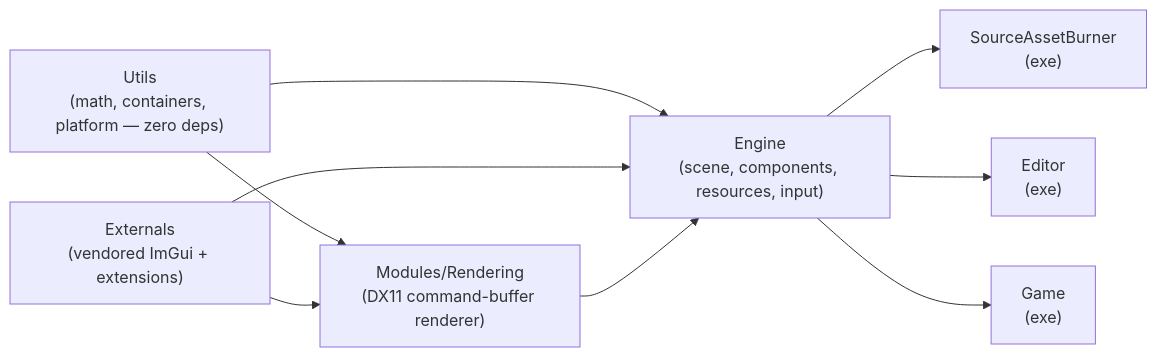
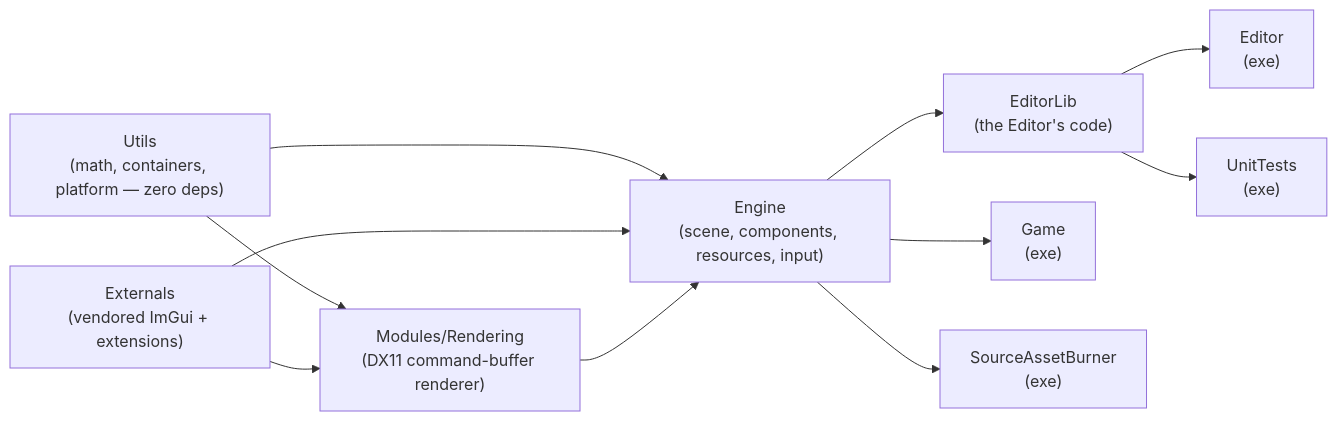
The first of 3 diagrams in Docs/Generated/Engine/index.md (b1nary0/RZE), drawn with Mermaid before and after one commit. The commit also changed other lines of this file and 19 other files, not shown here.

````diff
--- a/Docs/Generated/Engine/index.md
+++ b/Docs/Generated/Engine/index.md
@@ -30,20 +30,24 @@
 ```mermaid
 %%{init: {'flowchart': {'subGraphTitleMargin': {'top': 6, 'bottom': 10}}, 'themeCSS': '.labelBkg, .edgeLabel { background-color: var(--background-primary) !important; } .messageText, .labelText, .loopText { paint-order: stroke; stroke: var(--background-primary); stroke-width: 5px; stroke-linejoin: round; }'}}%%
 graph LR
     Utils["Utils<br/>(math, containers, platform — zero deps)"]
     Externals["Externals<br/>(vendored ImGui + extensions)"]
     Rendering["Modules/Rendering<br/>(DX11 command-buffer renderer)"]
     Engine["Engine<br/>(scene, components, resources, input)"]
+    EditorLib["EditorLib<br/>(the Editor's code)"]
     Editor["Editor<br/>(exe)"]
+    Tests["UnitTests<br/>(exe)"]
     Game["Game<br/>(exe)"]
     SAB["SourceAssetBurner<br/>(exe)"]
 
     Utils --> Rendering
     Externals --> Rendering
     Utils --> Engine
     Externals --> Engine
     Rendering --> Engine
     Engine --> SAB
-    Engine --> Editor
+    Engine --> EditorLib
+    EditorLib --> Editor
+    EditorLib --> Tests
     Engine --> Game
 ```
````
